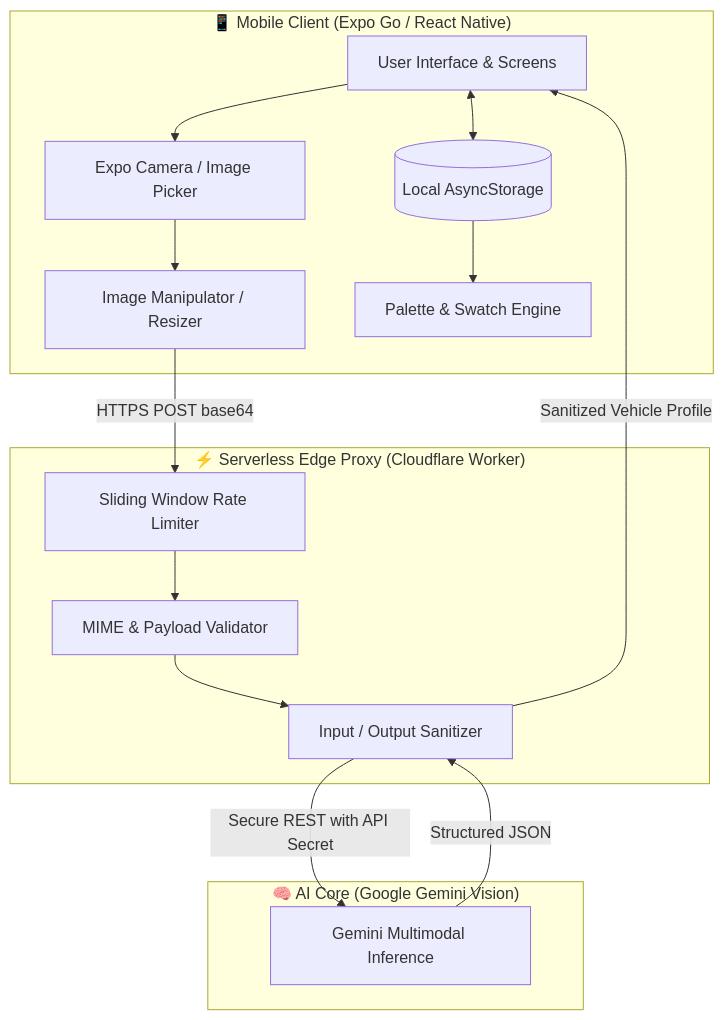
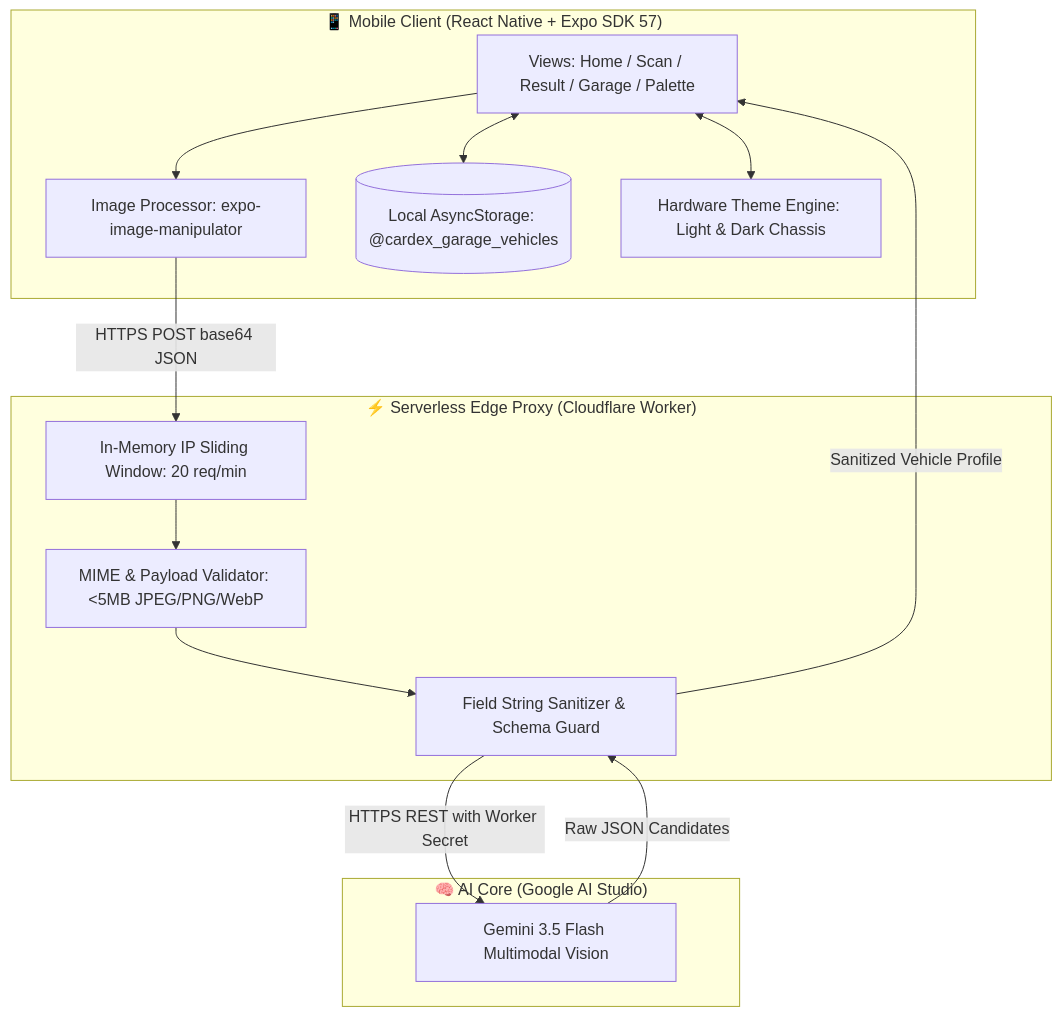
Before and after one commit to Suhaid11/CarDex: the second of 3 diagrams in README.md, drawn with Mermaid. The commit also changed other lines of this file and 5 other files, not shown here.

````diff
--- a/README.md
+++ b/README.md
@@ -90,31 +114,30 @@
 ```mermaid
 graph TB
-    subgraph Client ["📱 Mobile Client (Expo Go / React Native)"]
-        UI[User Interface & Screens]
-        CAM[Expo Camera / Image Picker]
-        PRE[Image Manipulator / Resizer]
-        STORE[(Local AsyncStorage)]
-        PAL[Palette & Swatch Engine]
+    subgraph Client ["📱 Mobile Client (React Native + Expo SDK 57)"]
+        UI[Views: Home / Scan / Result / Garage / Palette]
+        IMG_PROC[Image Processor: expo-image-manipulator]
+        STORAGE[(Local AsyncStorage: @cardex_garage_vehicles)]
+        THEME[Hardware Theme Engine: Light & Dark Chassis]
         
-        UI --> CAM --> PRE
-        UI <--> STORE
-        STORE --> PAL
+        UI <--> THEME
+        UI --> IMG_PROC
+        UI <--> STORAGE
     end
 
     subgraph Edge ["⚡ Serverless Edge Proxy (Cloudflare Worker)"]
-        RATELIMIT[Sliding Window Rate Limiter]
-        VALIDATE[MIME & Payload Validator]
-        SANITIZER[Input / Output Sanitizer]
+        RATELIMIT[In-Memory IP Sliding Window: 20 req/min]
+        VALIDATOR[MIME & Payload Validator: <5MB JPEG/PNG/WebP]
+        SANITIZER[Field String Sanitizer & Schema Guard]
         
-        RATELIMIT --> VALIDATE --> SANITIZER
+        RATELIMIT --> VALIDATOR --> SANITIZER
     end
 
-    subgraph AI ["🧠 AI Core (Google Gemini Vision)"]
-        GEMINI[Gemini Multimodal Inference]
+    subgraph AI ["🧠 AI Core (Google AI Studio)"]
+        VISION[Gemini 3.5 Flash Multimodal Vision]
     end
 
-    PRE -->|HTTPS POST base64| RATELIMIT
-    SANITIZER -->|Secure REST with API Secret| GEMINI
-    GEMINI -->|Structured JSON| SANITIZER
+    IMG_PROC -->|HTTPS POST base64 JSON| RATELIMIT
+    SANITIZER -->|HTTPS REST with Worker Secret| VISION
+    VISION -->|Raw JSON Candidates| SANITIZER
     SANITIZER -->|Sanitized Vehicle Profile| UI
 ```
````
